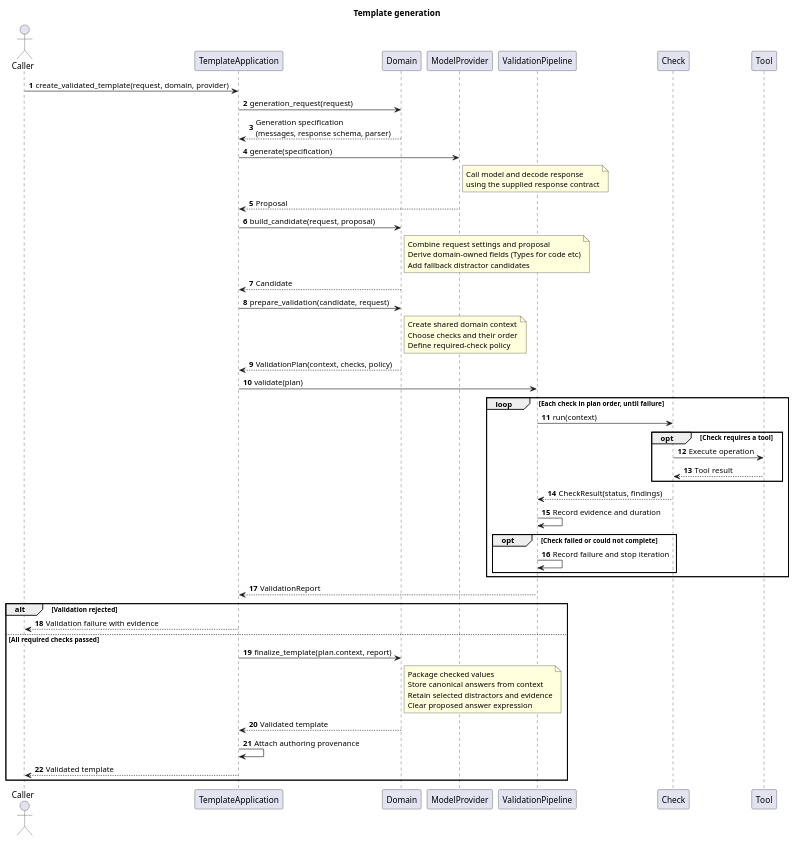
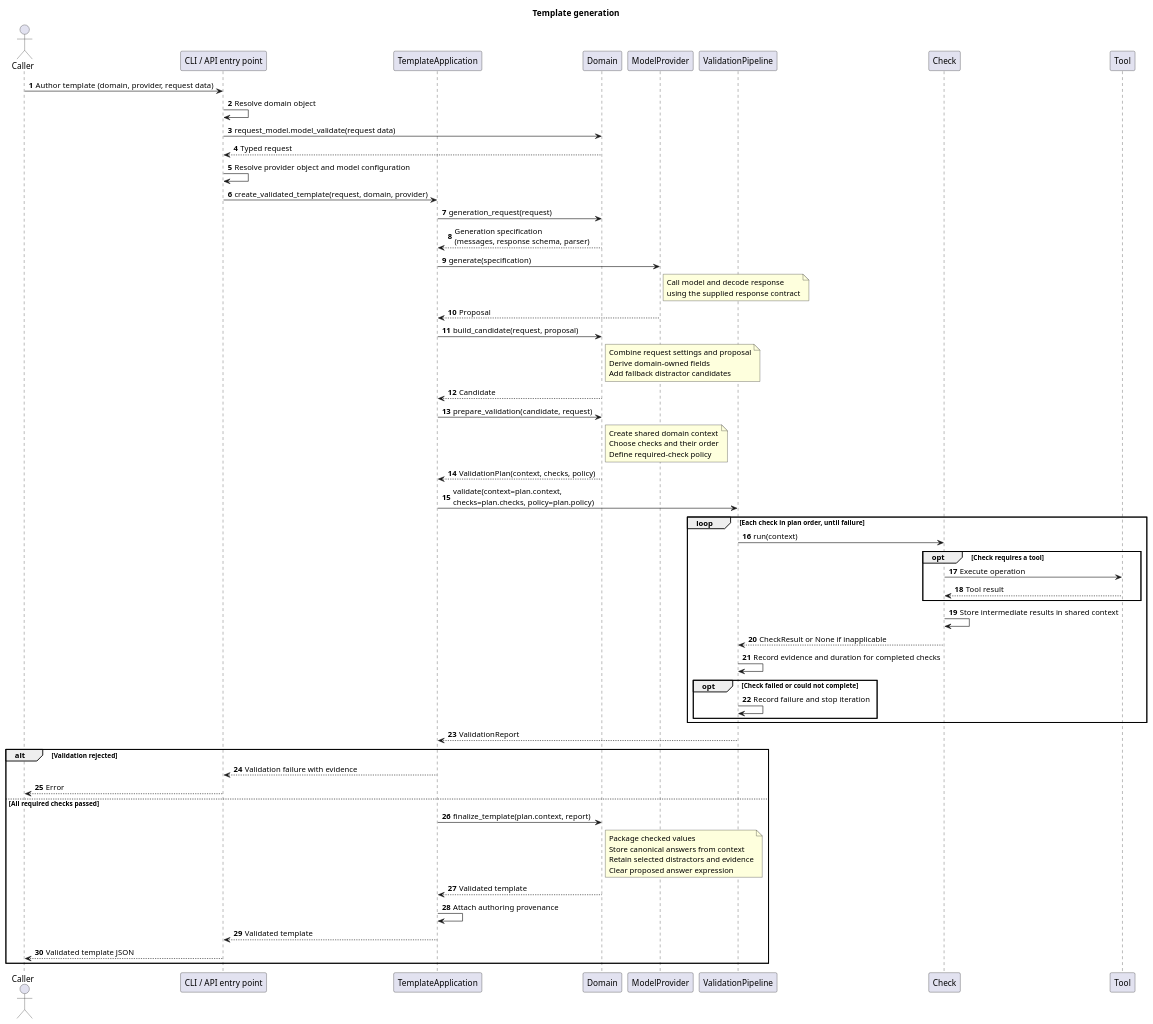
One commit to edcraft-org/ai changed the diagram in docs/question-generation/generate-template.puml. Above: the diagram before and after it, drawn with PlantUML.

Commit message:
docs: align generation sequence with domain-owned plans
Refs edcraft-org/ai#31. Show entry-point object resolution, typed request parsing, shared context, and the actual central runner call.

```diff
--- a/docs/question-generation/generate-template.puml
+++ b/docs/question-generation/generate-template.puml
@@ -1,76 +1,85 @@
 @startuml
 title Template generation
 autonumber
 
 actor Caller
+participant "CLI / API entry point" as Entry
 participant TemplateApplication as App
 participant "Domain" as Domain
 participant "ModelProvider" as Provider
 participant ValidationPipeline as Validator
 participant "Check" as Check
 participant "Tool" as Tool
 
-Caller -> App: create_validated_template(request, domain, provider)
+Caller -> Entry: Author template (domain, provider, request data)
+Entry -> Entry: Resolve domain object
+Entry -> Domain: request_model.model_validate(request data)
+Domain --> Entry: Typed request
+Entry -> Entry: Resolve provider object and model configuration
+Entry -> App: create_validated_template(request, domain, provider)
 
 App -> Domain: generation_request(request)
 Domain --> App: Generation specification\n(messages, response schema, parser)
 
 App -> Provider: generate(specification)
 note right of Provider
   Call model and decode response
   using the supplied response contract
 end note
 Provider --> App: Proposal
 
 App -> Domain: build_candidate(request, proposal)
 note right of Domain
   Combine request settings and proposal
-  Derive domain-owned fields (Types for code etc)
+  Derive domain-owned fields
   Add fallback distractor candidates
 end note
 Domain --> App: Candidate
 
 App -> Domain: prepare_validation(candidate, request)
 note right of Domain
   Create shared domain context
   Choose checks and their order
   Define required-check policy
 end note
 Domain --> App: ValidationPlan(context, checks, policy)
 
-App -> Validator: validate(plan)
+App -> Validator: validate(context=plan.context,\nchecks=plan.checks, policy=plan.policy)
 
 loop Each check in plan order, until failure
     Validator -> Check: run(context)
 
     opt Check requires a tool
         Check -> Tool: Execute operation
         Tool --> Check: Tool result
     end
 
-    Check --> Validator: CheckResult(status, findings)
-    Validator -> Validator: Record evidence and duration
+    Check -> Check: Store intermediate results in shared context
+    Check --> Validator: CheckResult or None if inapplicable
+    Validator -> Validator: Record evidence and duration for completed checks
 
     opt Check failed or could not complete
         Validator -> Validator: Record failure and stop iteration
     end
 end
 
 Validator --> App: ValidationReport
 
 alt Validation rejected
-    App --> Caller: Validation failure with evidence
+    App --> Entry: Validation failure with evidence
+    Entry --> Caller: Error
 else All required checks passed
     App -> Domain: finalize_template(plan.context, report)
     note right of Domain
       Package checked values
       Store canonical answers from context
       Retain selected distractors and evidence
       Clear proposed answer expression
     end note
     Domain --> App: Validated template
 
     App -> App: Attach authoring provenance
-    App --> Caller: Validated template
+    App --> Entry: Validated template
+    Entry --> Caller: Validated template JSON
 end
 @enduml
```
